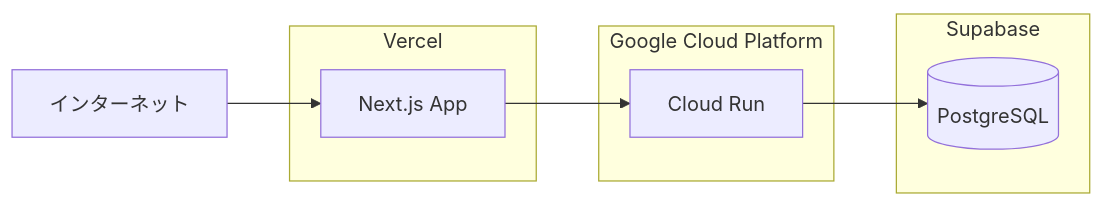
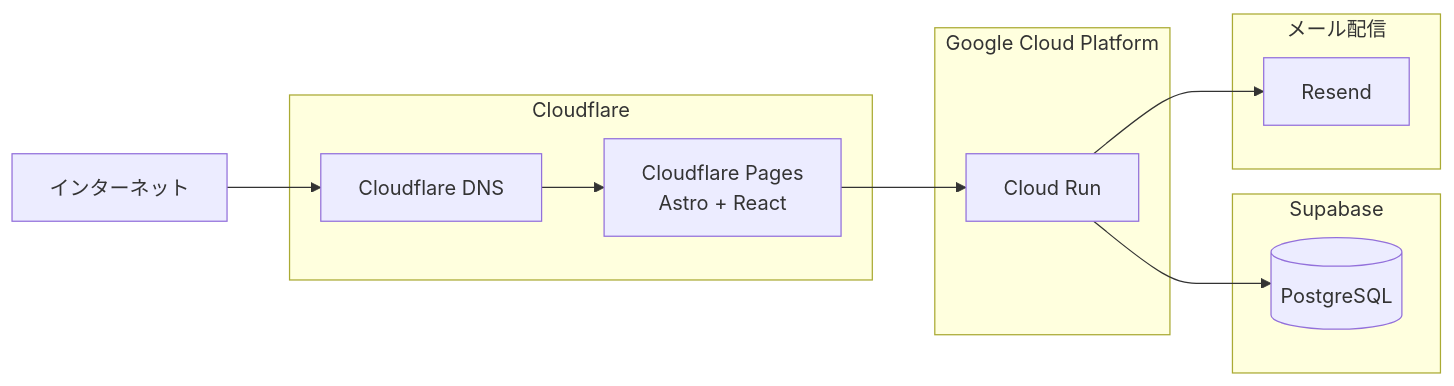
Before and after one commit to cergijame101007/satehits: the third of 4 diagrams in docs/infrastructure.md, drawn with Mermaid. The commit also changed other lines of this file and 43 other files, not shown here.

````diff
--- a/docs/infrastructure.md
+++ b/docs/infrastructure.md
@@ -111,18 +136,25 @@
 ```mermaid
 flowchart LR
-    subgraph Vercel[Vercel]
-        VercelApp[Next.js App]
+    subgraph CF[Cloudflare]
+        DNS[Cloudflare DNS]
+        Pages[Cloudflare Pages<br>Astro + React]
     end
 
     subgraph GCP[Google Cloud Platform]
         CloudRun[Cloud Run]
     end
 
     subgraph Supabase[Supabase]
         DB[(PostgreSQL)]
     end
 
-    Internet[インターネット] --> VercelApp
-    VercelApp --> CloudRun
+    subgraph Mail[メール配信]
+        Resend[Resend]
+    end
+
+    Internet[インターネット] --> DNS
+    DNS --> Pages
+    Pages --> CloudRun
     CloudRun --> DB
+    CloudRun --> Resend
 ```
````
